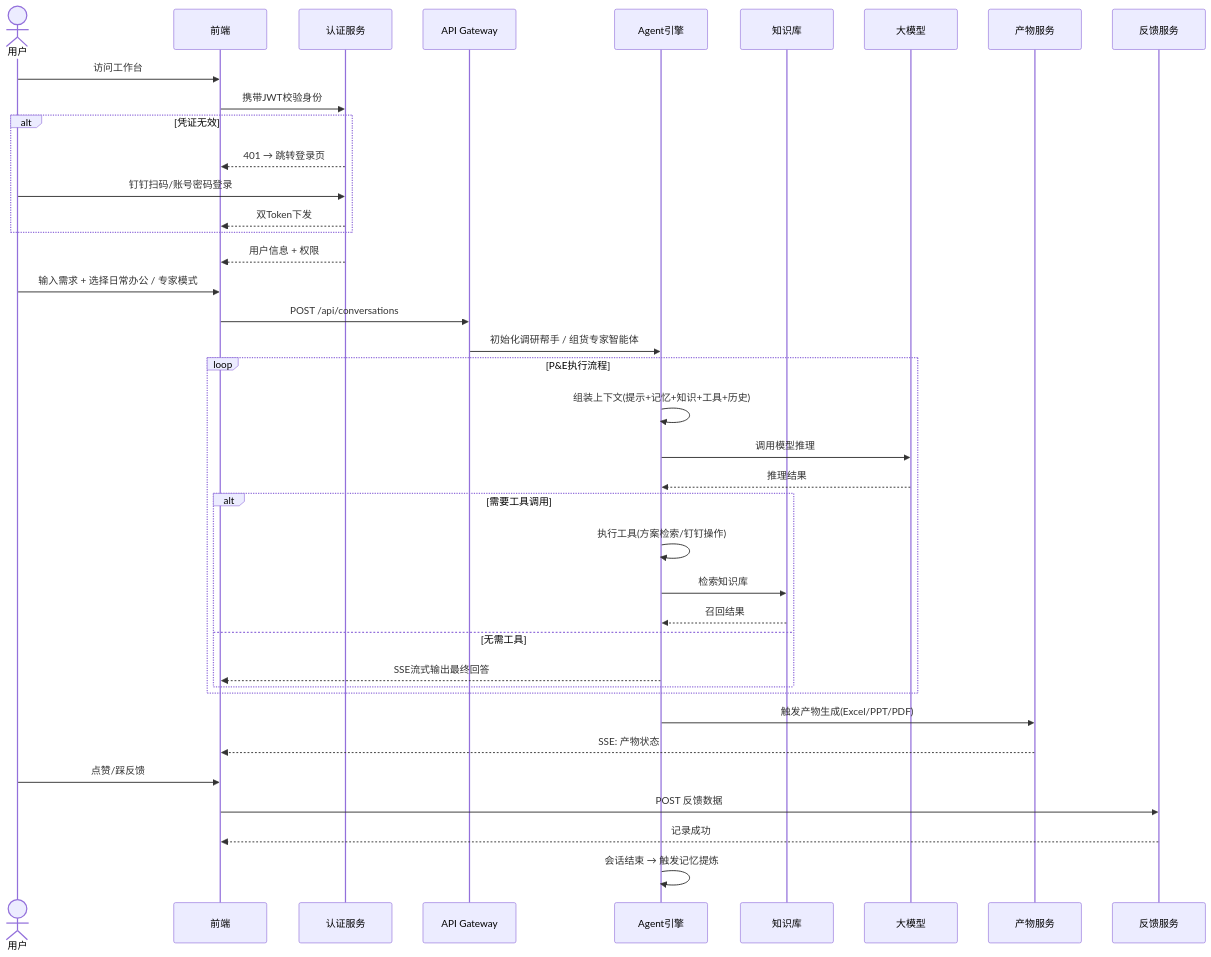
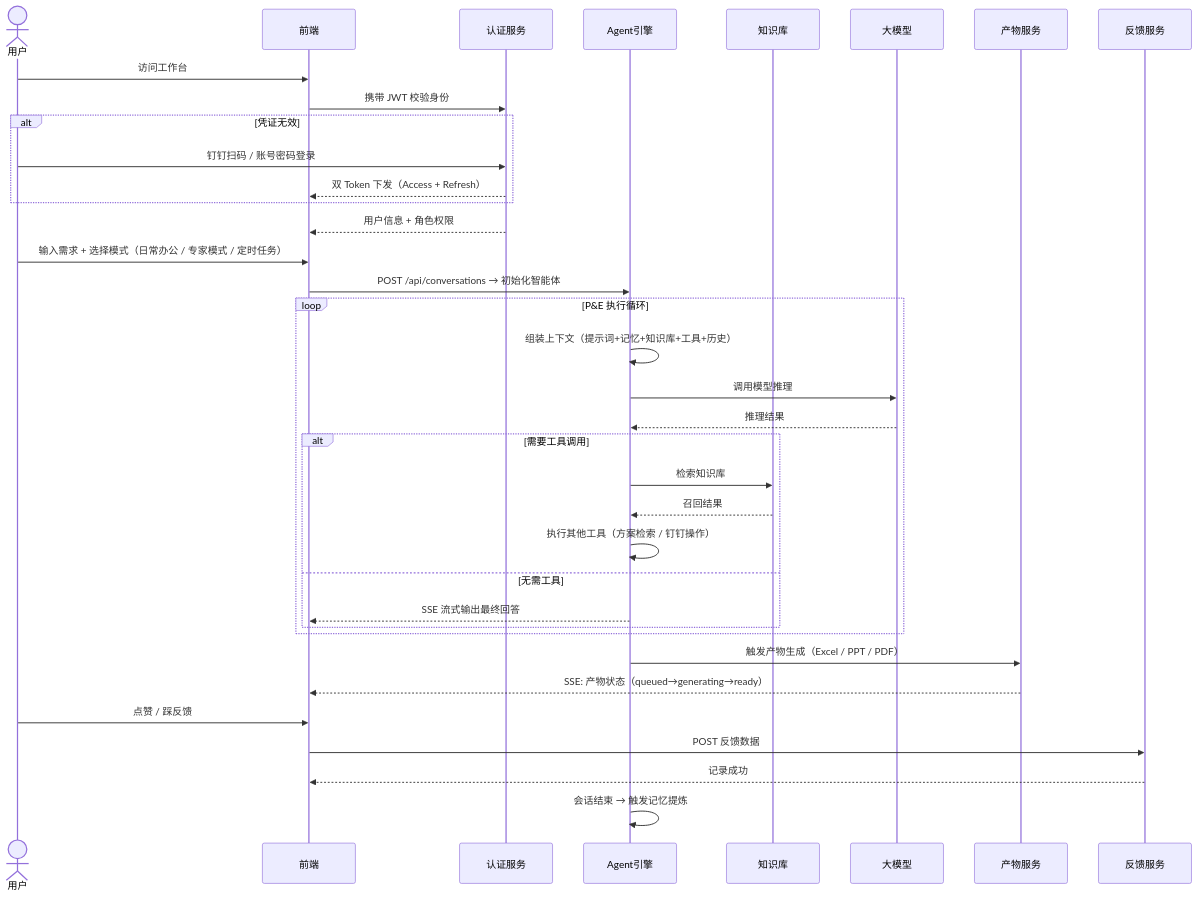
Before and after one commit to fri555/PORTL: the third of 24 diagrams in docs/需求文档/AI工作门户-MVP-PRD.md, drawn with Mermaid. The commit also changed other lines of this file and 55 other files, not shown here.

````diff
--- a/docs/需求文档/AI工作门户-MVP-PRD.md
+++ b/docs/需求文档/AI工作门户-MVP-PRD.md
@@ -106,47 +116,44 @@
 ```mermaid
 sequenceDiagram
     actor User as 用户
     participant FE as 前端
     participant Auth as 认证服务
-    participant API as API Gateway
     participant Agent as Agent引擎
     participant KB as 知识库
     participant LLM as 大模型
     participant Art as 产物服务
-    participant Feedback as 反馈服务
+    participant FB as 反馈服务
 
     User->>FE: 访问工作台
-    FE->>Auth: 携带JWT校验身份
+    FE->>Auth: 携带 JWT 校验身份
     alt 凭证无效
-        Auth-->>FE: 401 → 跳转登录页
-        User->>Auth: 钉钉扫码/账号密码登录
-        Auth-->>FE: 双Token下发
+        User->>Auth: 钉钉扫码 / 账号密码登录
+        Auth-->>FE: 双 Token 下发（Access + Refresh）
     end
-    Auth-->>FE: 用户信息 + 权限
+    Auth-->>FE: 用户信息 + 角色权限
 
-    User->>FE: 输入需求 + 选择日常办公 / 专家模式
-    FE->>API: POST /api/conversations
-    API->>Agent: 初始化调研帮手 / 组货专家智能体
+    User->>FE: 输入需求 + 选择模式（日常办公 / 专家模式 / 定时任务）
+    FE->>Agent: POST /api/conversations → 初始化智能体
 
-    loop P&E执行流程
-        Agent->>Agent: 组装上下文(提示+记忆+知识+工具+历史)
+    loop P&E 执行循环
+        Agent->>Agent: 组装上下文（提示词+记忆+知识库+工具+历史）
         Agent->>LLM: 调用模型推理
         LLM-->>Agent: 推理结果
         alt 需要工具调用
-            Agent->>Agent: 执行工具(方案检索/钉钉操作)
             Agent->>KB: 检索知识库
             KB-->>Agent: 召回结果
+            Agent->>Agent: 执行其他工具（方案检索 / 钉钉操作）
         else 无需工具
-            Agent-->>FE: SSE流式输出最终回答
+            Agent-->>FE: SSE 流式输出最终回答
         end
     end
 
-    Agent->>Art: 触发产物生成(Excel/PPT/PDF)
-    Art-->>FE: SSE: 产物状态
+    Agent->>Art: 触发产物生成（Excel / PPT / PDF）
+    Art-->>FE: SSE: 产物状态（queued→generating→ready）
 
-    User->>FE: 点赞/踩反馈
-    FE->>Feedback: POST 反馈数据
-    Feedback-->>FE: 记录成功
+    User->>FE: 点赞 / 踩反馈
+    FE->>FB: POST 反馈数据
+    FB-->>FE: 记录成功
 
     Agent->>Agent: 会话结束 → 触发记忆提炼
 ```
````
